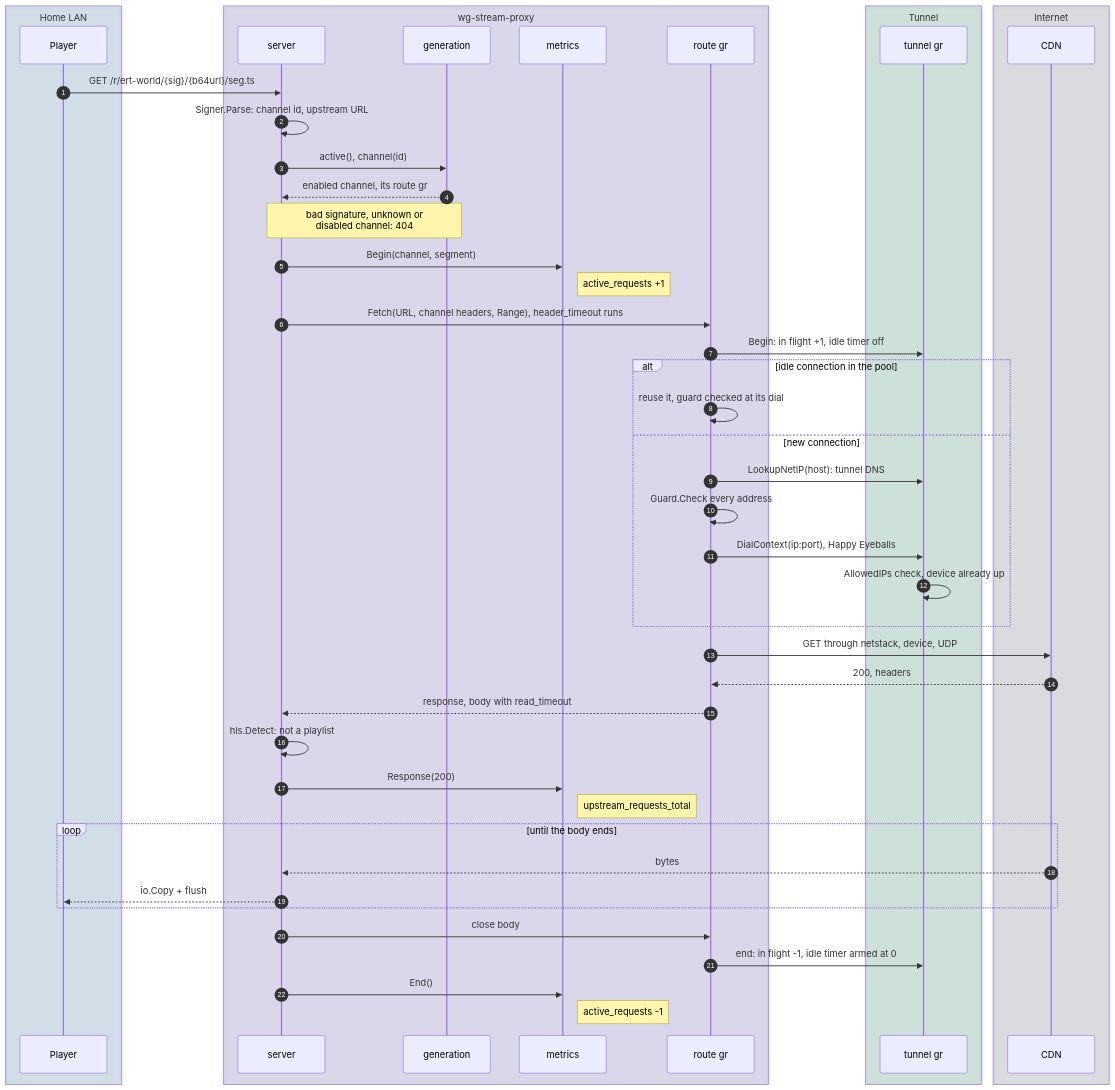
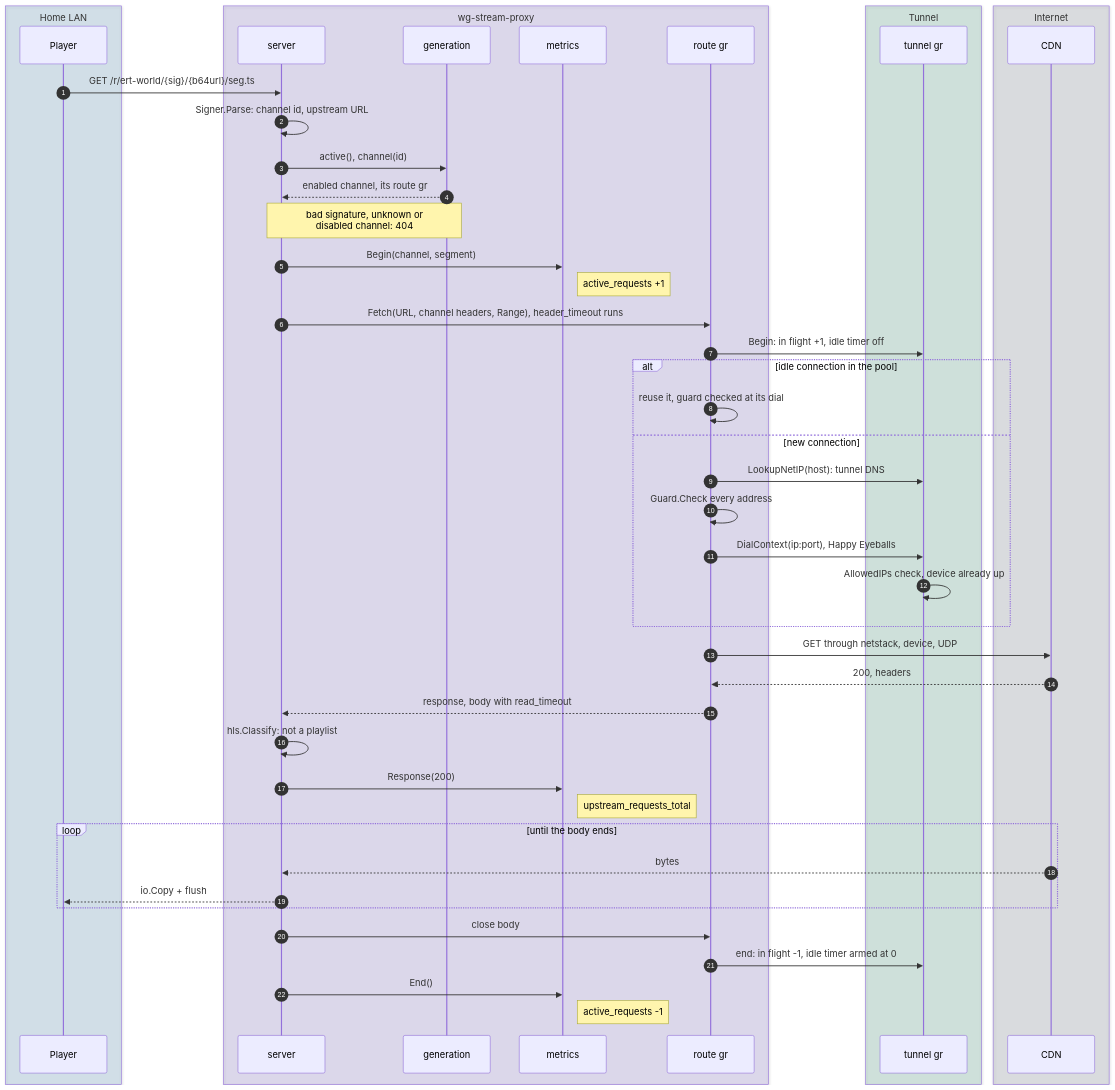
Diagram 14 of 18 in docs/architecture.md (KingOfKalk/wg-stream-proxy), drawn with Mermaid before and after one commit. The commit also changed other lines of this file and 18 other files, not shown here.

````diff
--- a/docs/architecture.md
+++ b/docs/architecture.md
@@ -807,51 +807,51 @@
 ```mermaid
 sequenceDiagram
     autonumber
     box rgba(59,127,176,0.18) Home LAN
         participant P as Player
     end
     box rgba(111,92,194,0.18) wg-stream-proxy
         participant S as server
         participant G as generation
         participant M as metrics
         participant R as route gr
     end
     box rgba(42,138,104,0.18) Tunnel
         participant T as tunnel gr
     end
     box rgba(102,114,126,0.18) Internet
         participant U as CDN
     end
 
     P->>S: GET /r/ert-world/{sig}/{b64url}/seg.ts
     S->>S: Signer.Parse: channel id, upstream URL
     S->>G: active(), channel(id)
     G-->>S: enabled channel, its route gr
     Note over S,G: bad signature, unknown or<br/>disabled channel: 404
     S->>M: Begin(channel, segment)
     Note right of M: active_requests +1
     S->>R: Fetch(URL, channel headers, Range), header_timeout runs
     R->>T: Begin: in flight +1, idle timer off
     alt idle connection in the pool
         R->>R: reuse it, guard checked at its dial
     else new connection
         R->>T: LookupNetIP(host): tunnel DNS
         R->>R: Guard.Check every address
         R->>T: DialContext(ip:port), Happy Eyeballs
         T->>T: AllowedIPs check, device already up
     end
     R->>U: GET through netstack, device, UDP
     U-->>R: 200, headers
     R-->>S: response, body with read_timeout
-    S->>S: hls.Detect: not a playlist
+    S->>S: hls.Classify: not a playlist
     S->>M: Response(200)
     Note right of M: upstream_requests_total
     loop until the body ends
         U-->>S: bytes
         S-->>P: io.Copy + flush
     end
     S->>R: close body
     R->>T: end: in flight -1, idle timer armed at 0
     S->>M: End()
     Note right of M: active_requests -1
 ```
````
